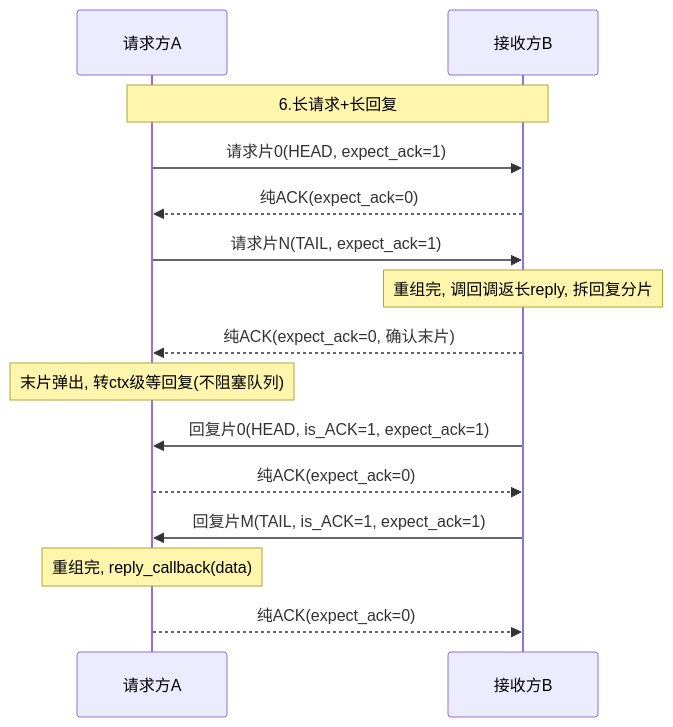
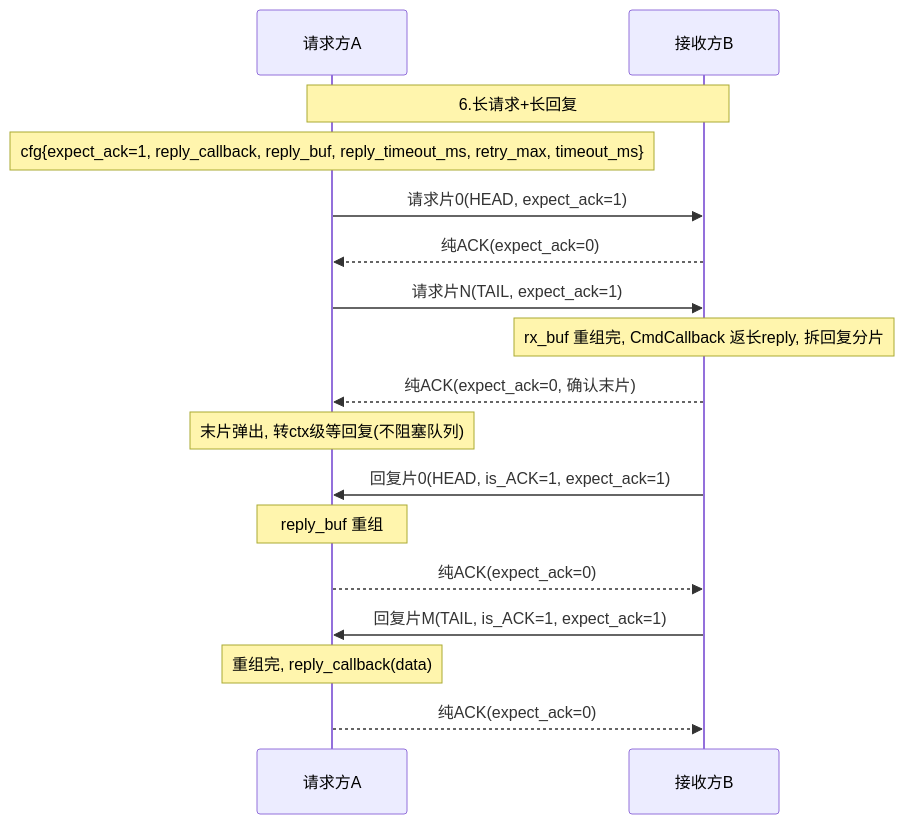
One commit to Siaiai/ObsidianNote changed the sixth of 14 diagrams in 工作/项目/代码/260401S3分拣面板-SIA-R9000P.md. Above: the diagram before and after it, drawn with Mermaid. The commit also changed other lines of this file and 1 other file, not shown here.

````diff
--- a/工作/项目/代码/260401S3分拣面板-SIA-R9000P.md
+++ b/工作/项目/代码/260401S3分拣面板-SIA-R9000P.md
@@ -157,17 +176,19 @@
 ```mermaid
 sequenceDiagram
     participant A as 请求方A
     participant B as 接收方B
     Note over A,B: 6.长请求+长回复
+    Note over A: cfg{expect_ack=1, reply_callback, reply_buf, reply_timeout_ms, retry_max, timeout_ms}
     A->>B: 请求片0(HEAD, expect_ack=1)
     B-->>A: 纯ACK(expect_ack=0)
     A->>B: 请求片N(TAIL, expect_ack=1)
-    Note over B: 重组完, 调回调返长reply, 拆回复分片
+    Note over B: rx_buf 重组完, CmdCallback 返长reply, 拆回复分片
     B-->>A: 纯ACK(expect_ack=0, 确认末片)
     Note over A: 末片弹出, 转ctx级等回复(不阻塞队列)
     B->>A: 回复片0(HEAD, is_ACK=1, expect_ack=1)
+    Note over A: reply_buf 重组
     A-->>B: 纯ACK(expect_ack=0)
     B->>A: 回复片M(TAIL, is_ACK=1, expect_ack=1)
     Note over A: 重组完, reply_callback(data)
     A-->>B: 纯ACK(expect_ack=0)
 ```
````
